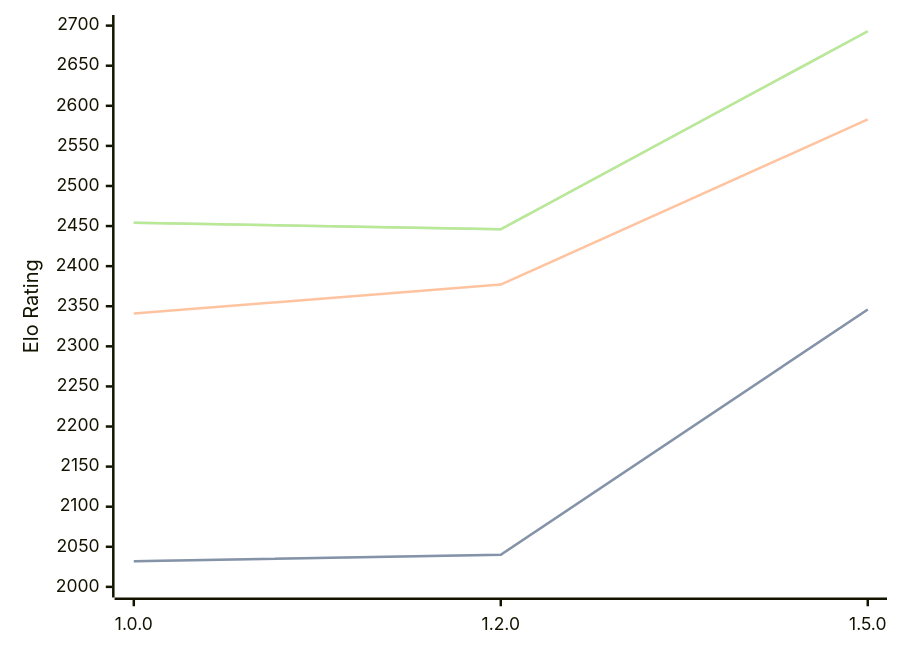
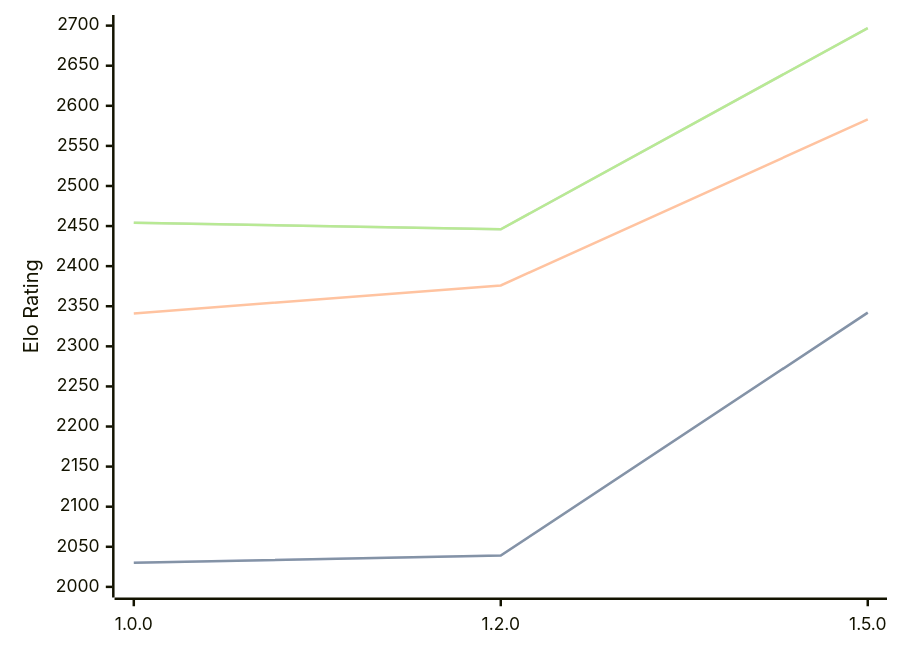
One commit to computer-chess-index/cci changed the first of 3 diagrams in engines/Basilisk.md. Above: the diagram before and after it, drawn with Mermaid. The commit also changed other lines of this file, not shown here.

Commit message:
Update CCI Ratings (ELO VLTC) - 2026-06-17

````diff
--- a/engines/Basilisk.md
+++ b/engines/Basilisk.md
@@ -48,11 +48,11 @@
 ```mermaid
 %%{init: {"theme":"base","themeVariables":{"seriesColors:['#a3a3a3','#222221','#faa371']}}}%%
 xychart-beta
   x-axis ["1.0.0", "1.2.0", "1.5.0"]
   y-axis "Elo Rating" 2000 --> 2700
-  line "STC (8.0+0.08s)" [2032, 2040, 2346]
-  line "STC (8.0+0.08s)" [2032, 2040, 2346]
-  line "LTC (60.0+0.60s)" [2341, 2377, 2583]
-  line "VLTC (2m24s+1.12s)" [2454, 2446, 2693]
-  line "VLTC (2m24s+1.12s)" [2454, 2446, 2693]
+  line "STC (8.0+0.08s)" [2030, 2039, 2342]
+  line "STC (8.0+0.08s)" [2030, 2039, 2342]
+  line "LTC (60.0+0.60s)" [2341, 2376, 2583]
+  line "VLTC (2m24s+1.12s)" [2454, 2446, 2697]
+  line "VLTC (2m24s+1.12s)" [2454, 2446, 2697]
 ```
````
